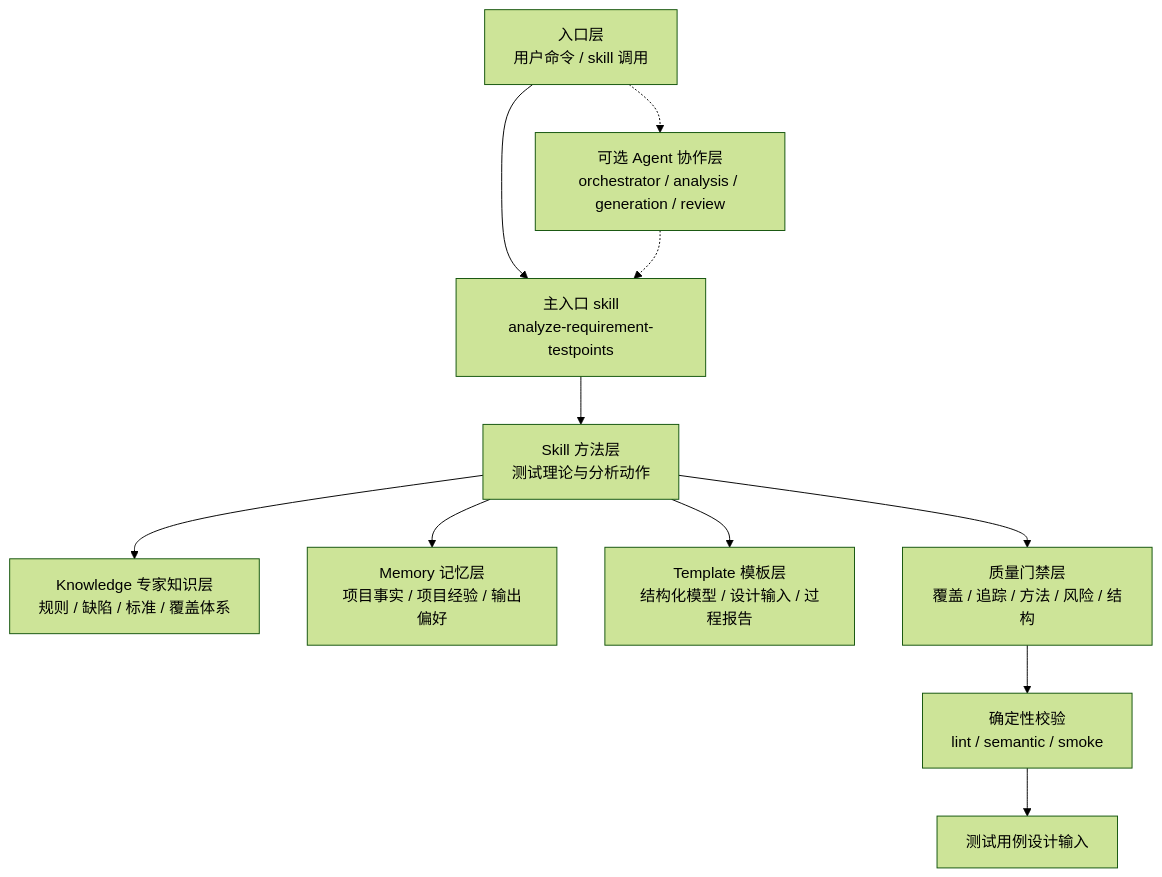
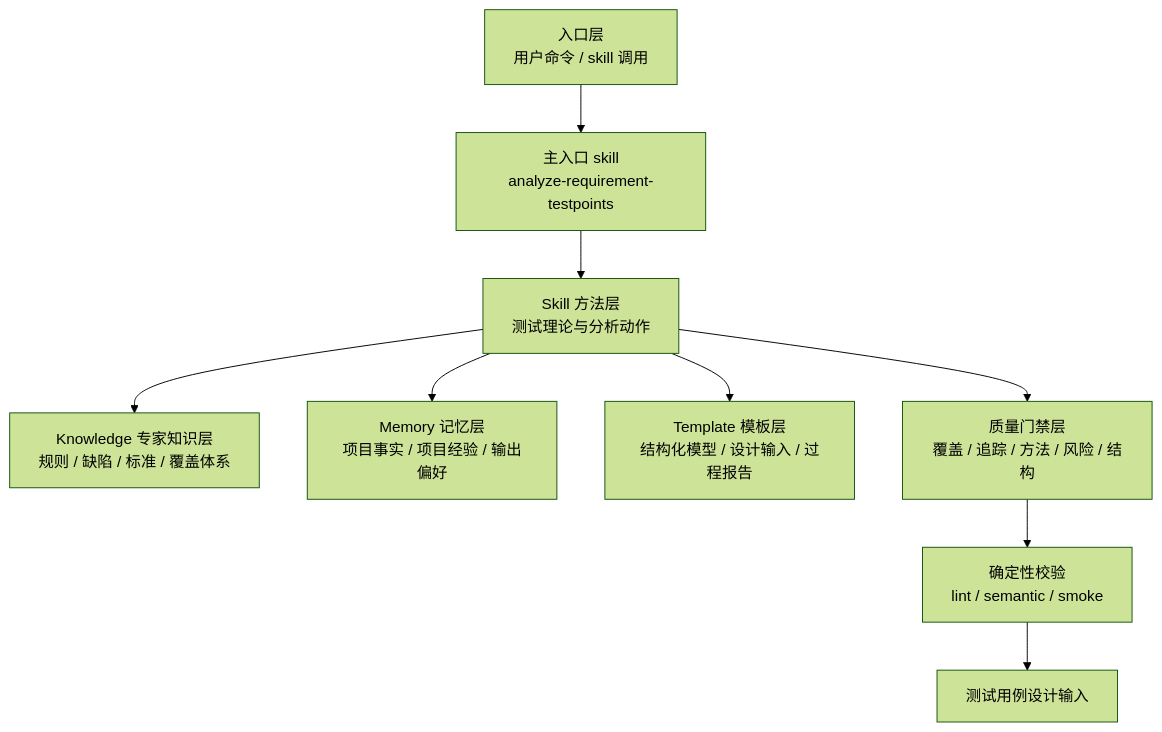
Before and after one commit to szluoqy-byte/Test-Analysis-Agent: the second of 8 diagrams in docs/test-analysis-agent-design.md, drawn with Mermaid (forest theme). The commit also changed other lines of this file and 10 other files, not shown here.

````diff
--- a/docs/test-analysis-agent-design.md
+++ b/docs/test-analysis-agent-design.md
@@ -146,13 +136,11 @@
 ```mermaid
 flowchart TB
   Entry["入口层\n用户命令 / skill 调用"] --> MainSkill["主入口 skill\nanalyze-requirement-testpoints"]
-  Entry -.-> AgentLayer["可选 Agent 协作层\norchestrator / analysis / generation / review"]
-  AgentLayer -.-> MainSkill
   MainSkill --> SkillLayer["Skill 方法层\n测试理论与分析动作"]
   SkillLayer --> KnowledgeLayer["Knowledge 专家知识层\n规则 / 缺陷 / 标准 / 覆盖体系"]
   SkillLayer --> MemoryLayer["Memory 记忆层\n项目事实 / 项目经验 / 输出偏好"]
   SkillLayer --> TemplateLayer["Template 模板层\n结构化模型 / 设计输入 / 过程报告"]
   SkillLayer --> QualityLayer["质量门禁层\n覆盖 / 追踪 / 方法 / 风险 / 结构"]
   QualityLayer --> ScriptLayer["确定性校验\nlint / semantic / smoke"]
   ScriptLayer --> Output["测试用例设计输入"]
 ```
````
